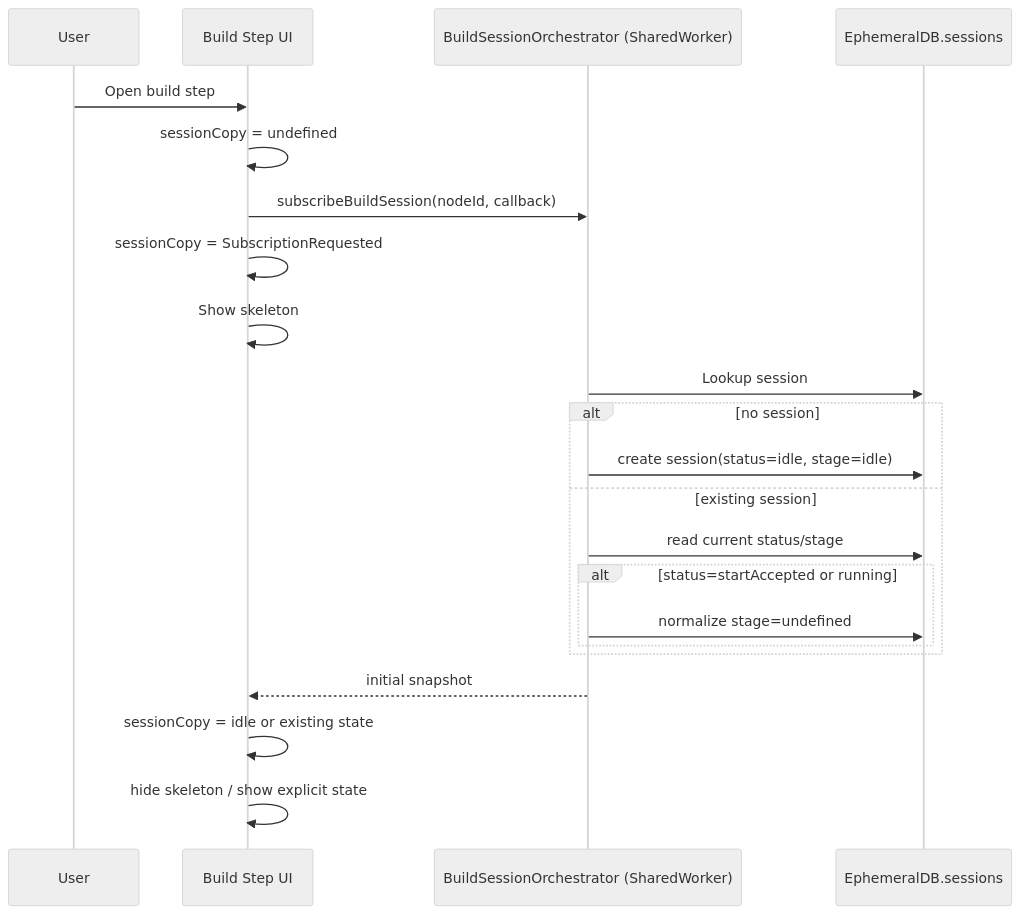
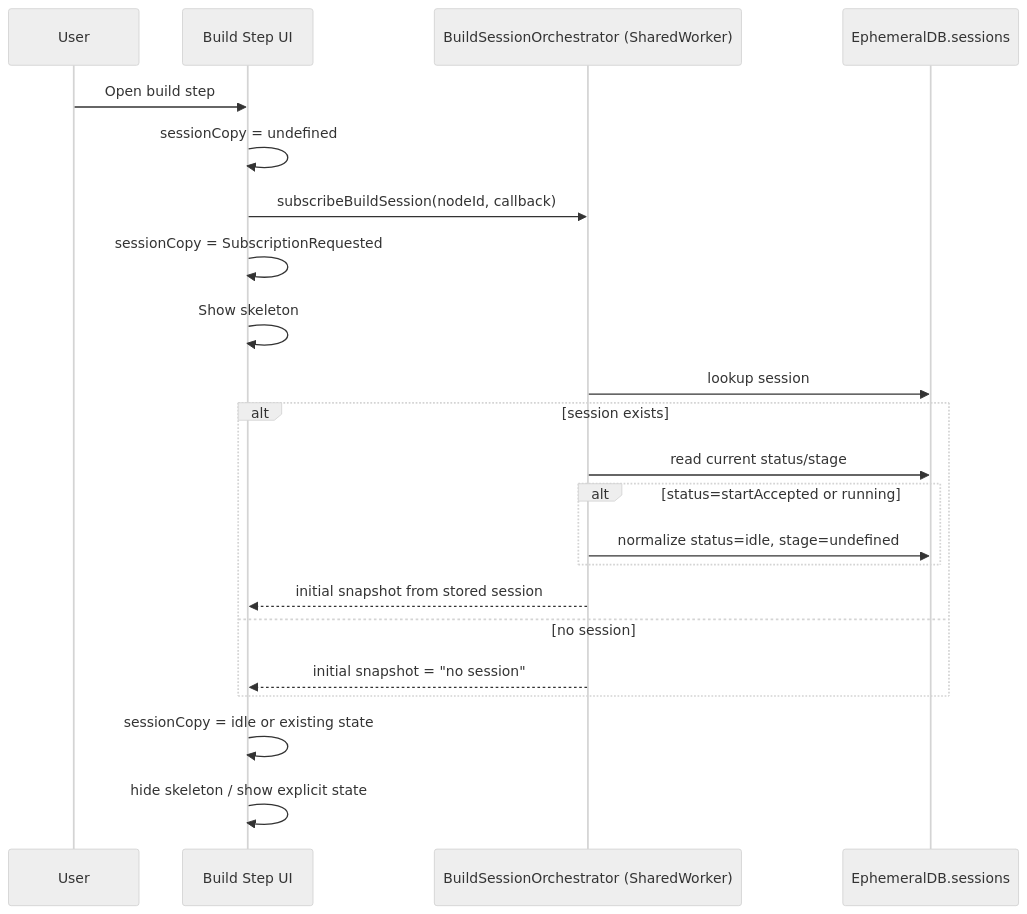
Before and after one commit to kubohiroya/hierarchidb: the first of 4 diagrams in packages/runtime-worker/docs/build-session-orchestrator-state-transitions.md, drawn with Mermaid (neutral theme). The commit also changed other lines of this file and 2 other files, not shown here.

Commit message:
docs(build-session): align init and progress sequencing spec

````diff
--- a/packages/runtime-worker/docs/build-session-orchestrator-state-transitions.md
+++ b/packages/runtime-worker/docs/build-session-orchestrator-state-transitions.md
@@ -118,25 +118,25 @@
 ```mermaid
 sequenceDiagram
   participant U as User
   participant UI as Build Step UI
   participant BO as BuildSessionOrchestrator (SharedWorker)
   participant DB as EphemeralDB.sessions
 
   U->>UI: Open build step
   UI->>UI: sessionCopy = undefined
   UI->>BO: subscribeBuildSession(nodeId, callback)
   UI->>UI: sessionCopy = SubscriptionRequested
   UI->>UI: Show skeleton
-  BO->>DB: Lookup session
-  alt no session
-    BO->>DB: create session(status=idle, stage=idle)
-  else existing session
+  BO->>DB: lookup session
+  alt session exists
     BO->>DB: read current status/stage
     alt status=startAccepted or running
-      BO->>DB: normalize stage=undefined
+      BO->>DB: normalize status=idle, stage=undefined
     end
+    BO-->>UI: initial snapshot from stored session
+  else no session
+    BO-->>UI: initial snapshot = "no session"
   end
-  BO-->>UI: initial snapshot
   UI->>UI: sessionCopy = idle or existing state
   UI->>UI: hide skeleton / show explicit state
 ```
````
